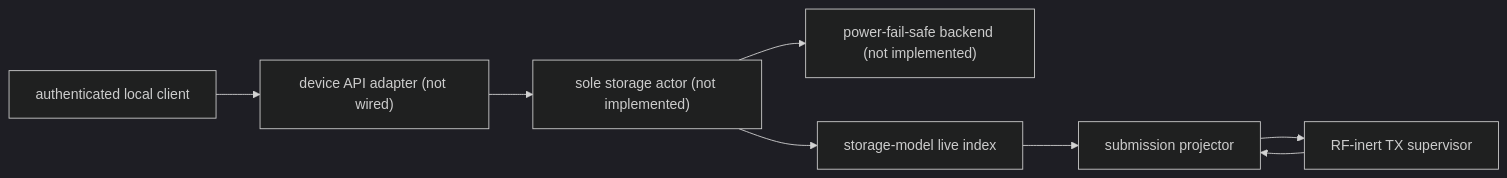
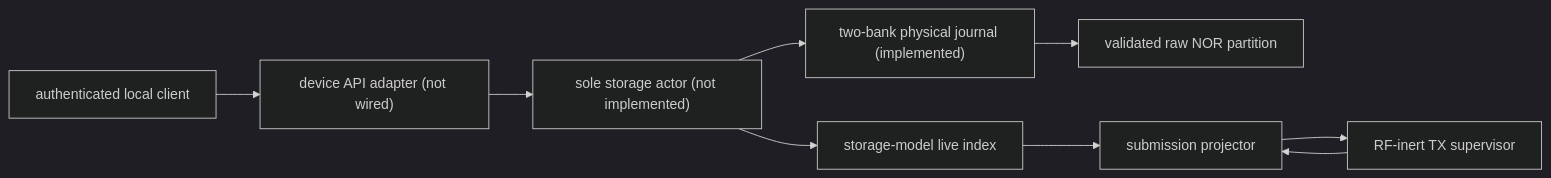
One commit to evelant/reticulum-rs-firmware changed the first of 2 diagrams in docs/durable-submissions.md. Above: the diagram before and after it, drawn with Mermaid (dark theme). The commit also changed other lines of this file and 60 other files, not shown here.

````diff
--- a/docs/durable-submissions.md
+++ b/docs/durable-submissions.md
@@ -22,10 +25,11 @@
 ```mermaid
 flowchart LR
     Client["authenticated local client"] --> API["device API adapter (not wired)"]
     API --> Store["sole storage actor (not implemented)"]
-    Store --> Flash["power-fail-safe backend (not implemented)"]
+    Store --> Journal["two-bank physical journal (implemented)"]
+    Journal --> Flash["validated raw NOR partition"]
     Store --> Model["storage-model live index"]
     Model --> Projector["submission projector"]
     Projector --> Supervisor["RF-inert TX supervisor"]
     Supervisor --> Projector
 ```
````
